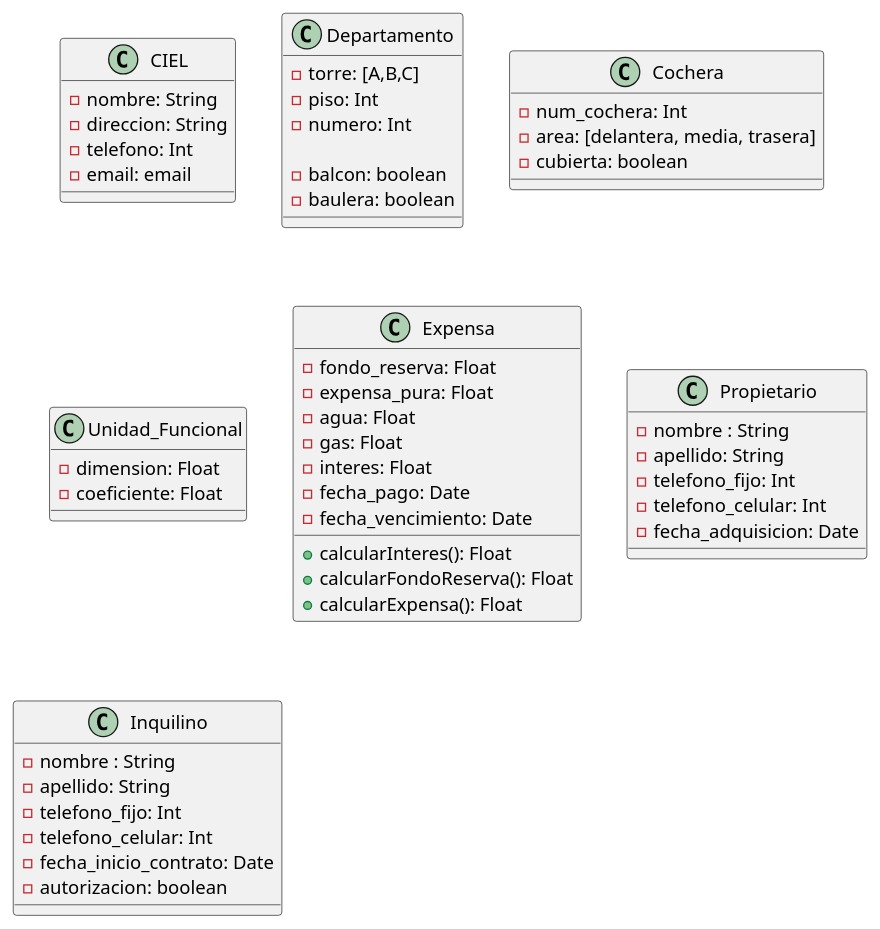
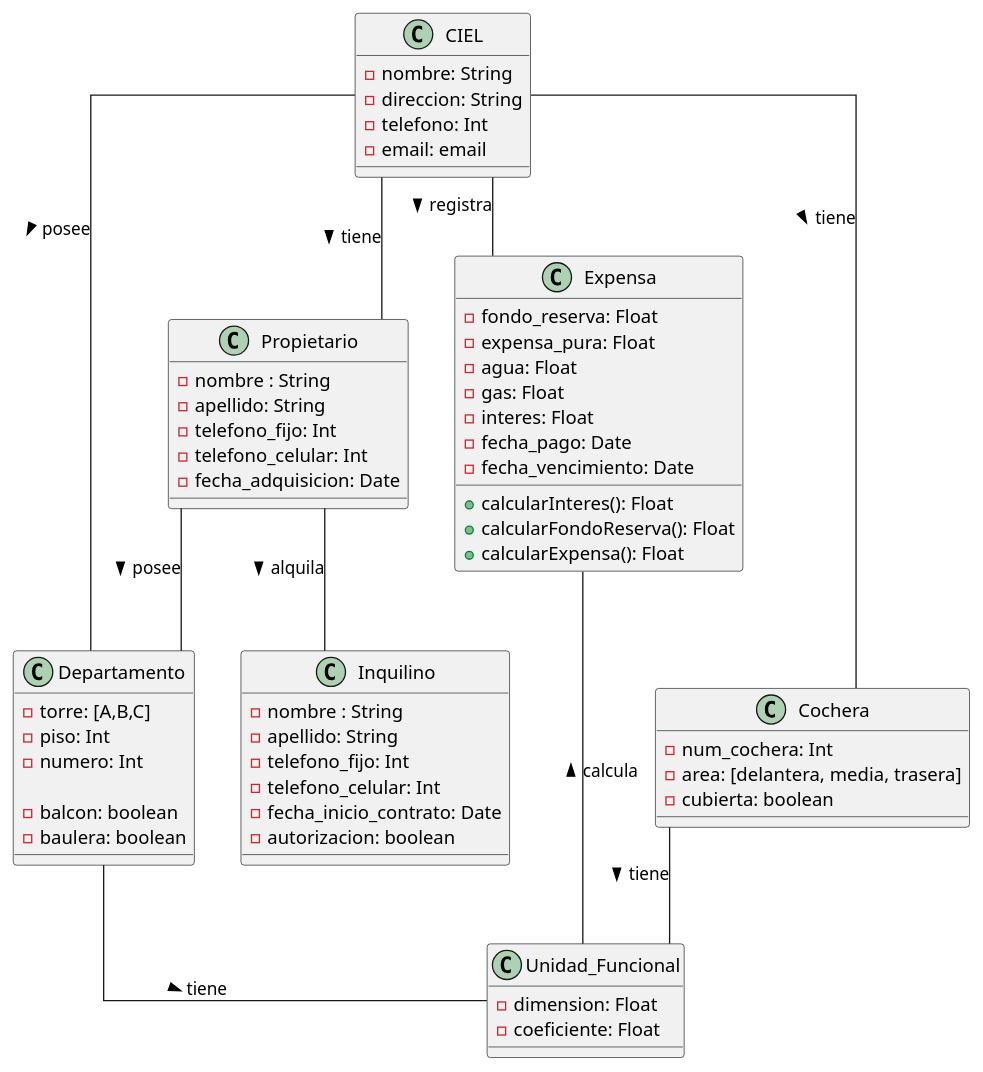
One commit to Z0SO/UML-Practice changed the eighth of 8 diagrams in 1-Repaso recuperatorio/Repaso Recuperatorio.md. Above: the diagram before and after it, drawn with PlantUML. The commit also changed 1 other file, not shown here.

Commit message:
bkp -> 2024-08-13 18:43:10

````diff
--- a/1-Repaso recuperatorio/Repaso Recuperatorio.md
+++ b/1-Repaso recuperatorio/Repaso Recuperatorio.md
@@ -665,5 +665,7 @@
 ```plantuml
 @startuml
+
+skinparam linetype ortho
 
 ' ciel
 ' expensa
@@ -757,5 +759,21 @@
 }
 
 
+
+propietario -- inquilino: > alquila
+propietario -- dpto: > posee
+
+
+sistema -- dpto: > posee
+sistema -- cochera: > tiene
+sistema -- expensa: > registra
+
+sistema -- propietario: > tiene
+
+dpto -- unidad_funcional: > tiene
+cochera -- unidad_funcional: > tiene
+
+expensa -- unidad_funcional: < calcula
+
 @enduml
 ```
````
